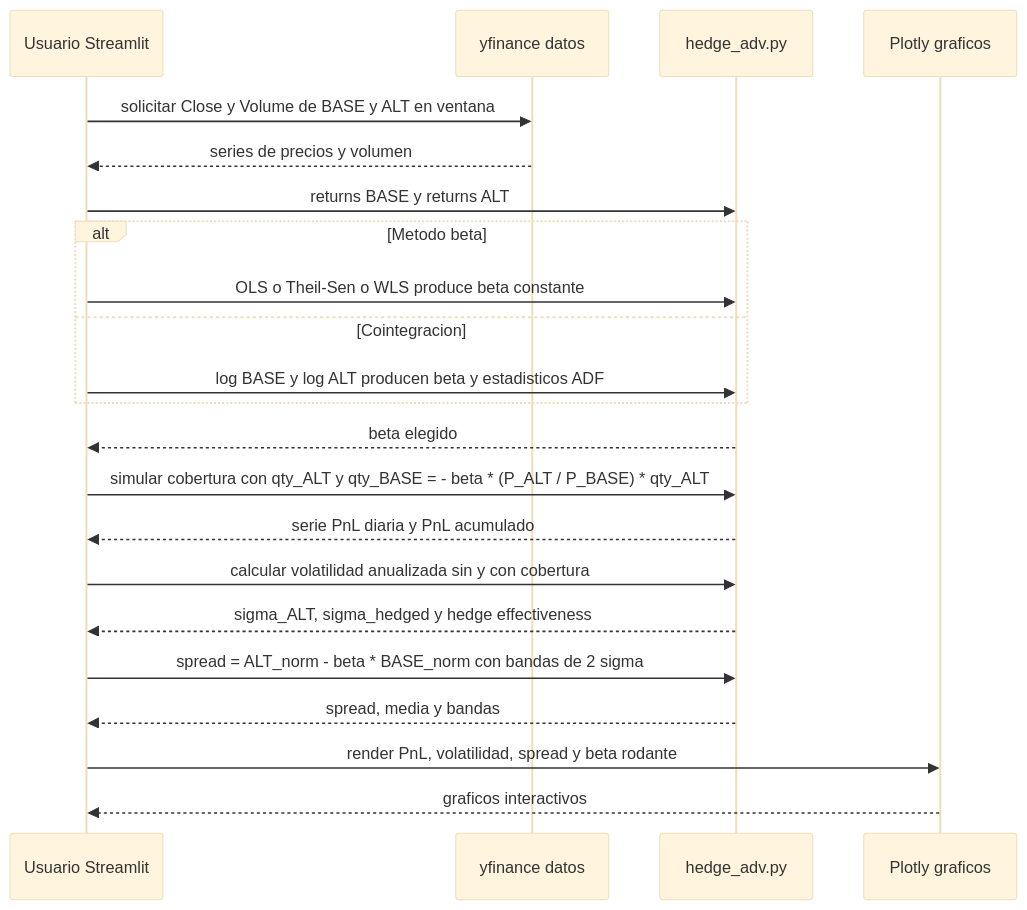
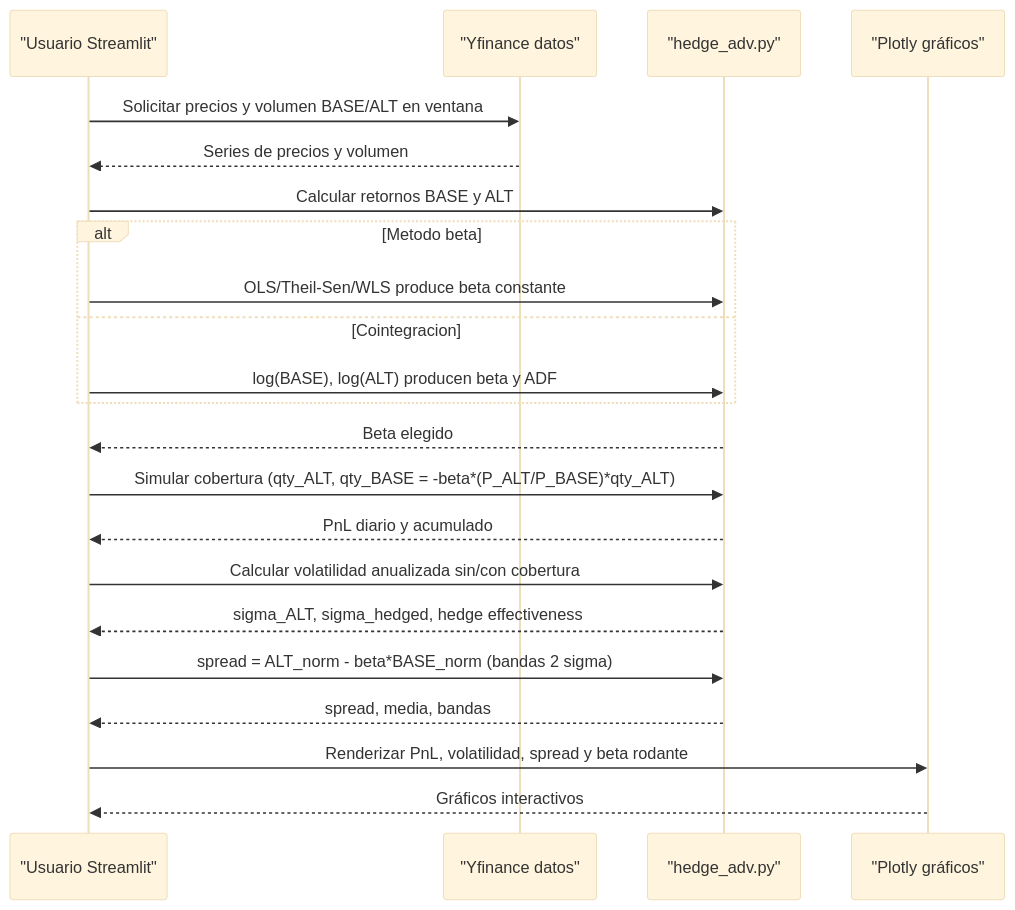
One commit to inversionista/Etfs_apalancados changed the second of 3 diagrams in README.md. Above: the diagram before and after it, drawn with Mermaid (base theme). The commit also changed other lines of this file, not shown here.

Commit message:
Fix: quitando caracteres especiales Se agrega diagrama a README.md

````diff
--- a/README.md
+++ b/README.md
@@ -70,30 +71,31 @@
 ```mermaid
 sequenceDiagram
-  participant UI as Usuario Streamlit
-  participant DL as yfinance datos
-  participant HA as hedge_adv.py
-  participant PL as Plotly graficos
+  participant UI as "Usuario Streamlit"
+  participant DL as "Yfinance datos"
+  participant HA as "hedge_adv.py"
+  participant PL as "Plotly gráficos"
 
-  UI->>DL: solicitar Close y Volume de BASE y ALT en ventana
-  DL-->>UI: series de precios y volumen
-  UI->>HA: returns BASE y returns ALT
+  UI->>DL: Solicitar precios y volumen BASE/ALT en ventana
+  DL-->>UI: Series de precios y volumen
+  UI->>HA: Calcular retornos BASE y ALT
 
   alt Metodo beta
-    UI->>HA: OLS o Theil-Sen o WLS produce beta constante
+    UI->>HA: OLS/Theil-Sen/WLS produce beta constante
   else Cointegracion
-    UI->>HA: log BASE y log ALT producen beta y estadisticos ADF
+    UI->>HA: log(BASE), log(ALT) producen beta y ADF
   end
-  HA-->>UI: beta elegido
+  HA-->>UI: Beta elegido
 
-  UI->>HA: simular cobertura con qty_ALT y qty_BASE = - beta * (P_ALT / P_BASE) * qty_ALT
-  HA-->>UI: serie PnL diaria y PnL acumulado
+  UI->>HA: Simular cobertura (qty_ALT, qty_BASE = -beta*(P_ALT/P_BASE)*qty_ALT)
+  HA-->>UI: PnL diario y acumulado
 
-  UI->>HA: calcular volatilidad anualizada sin y con cobertura
-  HA-->>UI: sigma_ALT, sigma_hedged y hedge effectiveness
+  UI->>HA: Calcular volatilidad anualizada sin/con cobertura
+  HA-->>UI: sigma_ALT, sigma_hedged, hedge effectiveness
 
-  UI->>HA: spread = ALT_norm - beta * BASE_norm con bandas de 2 sigma
-  HA-->>UI: spread, media y bandas
+  UI->>HA: spread = ALT_norm - beta*BASE_norm (bandas 2 sigma)
+  HA-->>UI: spread, media, bandas
 
-  UI->>PL: render PnL, volatilidad, spread y beta rodante
-  PL-->>UI: graficos interactivos
+  UI->>PL: Renderizar PnL, volatilidad, spread y beta rodante
+  PL-->>UI: Gráficos interactivos
+
 ```
````
